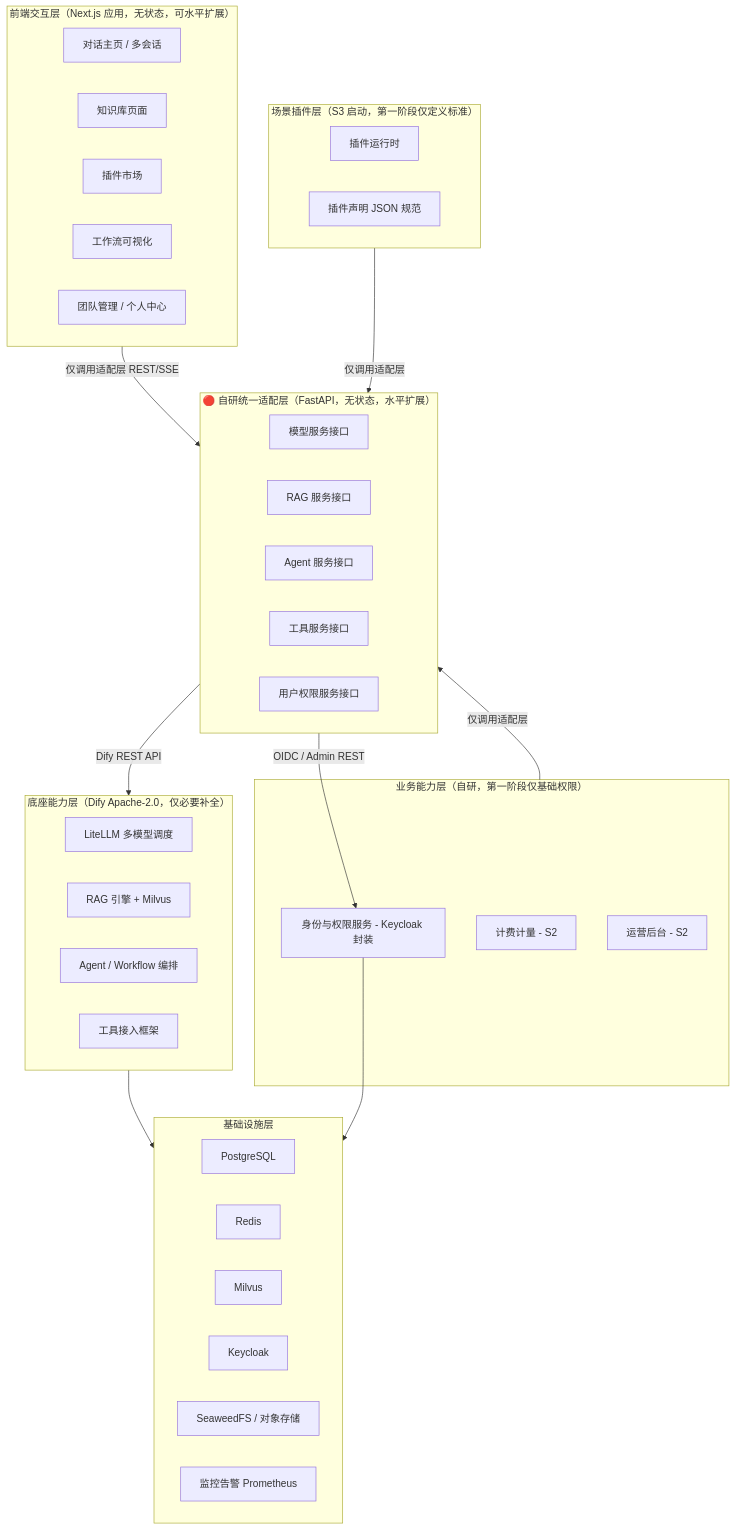
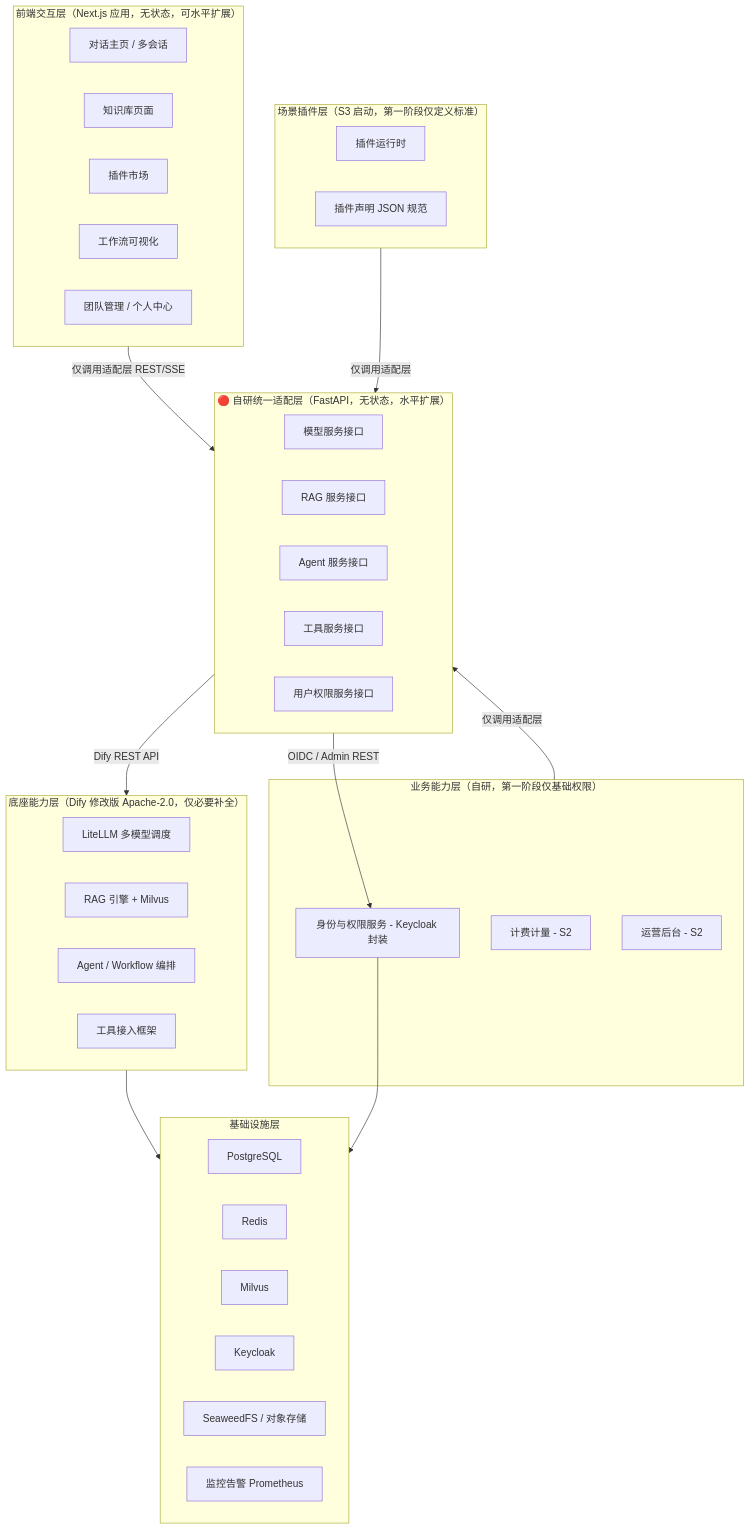
The first of 8 diagrams in docs/architecture-v1.0.md (kHuner9712/MOY), drawn with Mermaid before and after one commit. The commit also changed other lines of this file and 26 other files, not shown here.

````diff
--- a/docs/architecture-v1.0.md
+++ b/docs/architecture-v1.0.md
@@ -51,47 +51,47 @@
 ```mermaid
 graph TB
     subgraph L1["前端交互层（Next.js 应用，无状态，可水平扩展）"]
         FE1[对话主页 / 多会话]
         FE2[知识库页面]
         FE3[插件市场]
         FE4[工作流可视化]
         FE5[团队管理 / 个人中心]
     end
     subgraph L2["场景插件层（S3 启动，第一阶段仅定义标准）"]
         PL1[插件运行时]
         PL2[插件声明 JSON 规范]
     end
     subgraph L3["业务能力层（自研，第一阶段仅基础权限）"]
         BIZ1[身份与权限服务 - Keycloak 封装]
         BIZ2[计费计量 - S2]
         BIZ3[运营后台 - S2]
     end
     subgraph L4["🔴 自研统一适配层（FastAPI，无状态，水平扩展）"]
         AD1[模型服务接口]
         AD2[RAG 服务接口]
         AD3[Agent 服务接口]
         AD4[工具服务接口]
         AD5[用户权限服务接口]
     end
-    subgraph L5["底座能力层（Dify Apache-2.0，仅必要补全）"]
+    subgraph L5["底座能力层（Dify 修改版 Apache-2.0，仅必要补全）"]
         DF1[LiteLLM 多模型调度]
         DF2[RAG 引擎 + Milvus]
         DF3[Agent / Workflow 编排]
         DF4[工具接入框架]
     end
     subgraph L6["基础设施层"]
         INF1[PostgreSQL]
         INF2[Redis]
         INF3[Milvus]
         INF4[Keycloak]
         INF5[SeaweedFS / 对象存储]
         INF6[监控告警 Prometheus]
     end
     L1 -->|仅调用适配层 REST/SSE| L4
     L2 -->|仅调用适配层| L4
     L3 -->|仅调用适配层| L4
     L4 -->|Dify REST API| L5
     L4 -->|OIDC / Admin REST| BIZ1
     L5 --> L6
     BIZ1 --> L6
 ```
````
